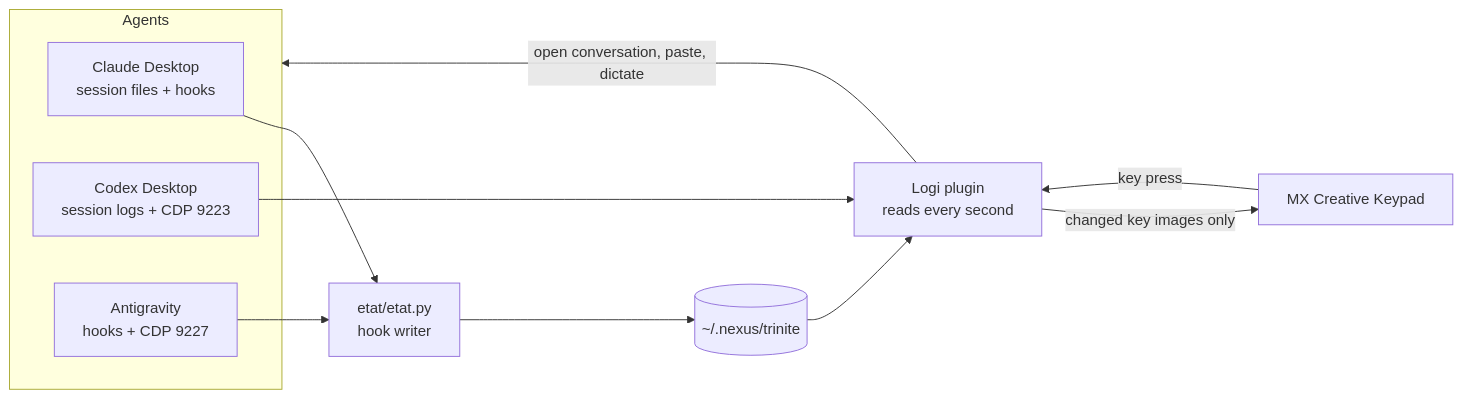
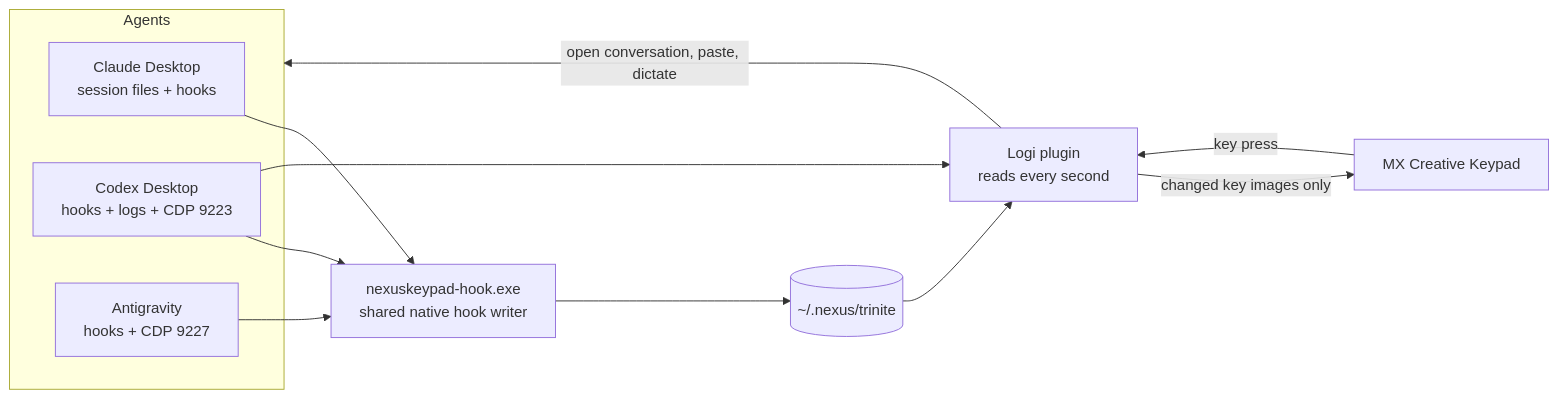
Before and after one commit to pironjulien/NexusKeypad: the diagram in README.md, drawn with Mermaid. The commit also changed other lines of this file and 93 other files, not shown here.

Commit message:
Release NexusKeypad 1.8.0 with shared AI connectors and signed setup

````diff
--- a/README.md
+++ b/README.md
@@ -108,16 +110,17 @@
 ```mermaid
 flowchart LR
   subgraph Agents
     C[Claude Desktop<br/>session files + hooks]
-    X[Codex Desktop<br/>session logs + CDP 9223]
+    X[Codex Desktop<br/>hooks + logs + CDP 9223]
     A[Antigravity<br/>hooks + CDP 9227]
   end
-  H[etat/etat.py<br/>hook writer] --> S[(~/.nexus/trinite)]
+  H[nexuskeypad-hook.exe<br/>shared native hook writer] --> S[(~/.nexus/trinite)]
   C --> H
+  X --> H
   A --> H
   S --> P[Logi plugin<br/>reads every second]
   X --> P
   P -->|changed key images only| K[MX Creative Keypad]
   K -->|key press| P
   P -->|open conversation, paste, dictate| Agents
 ```
````
